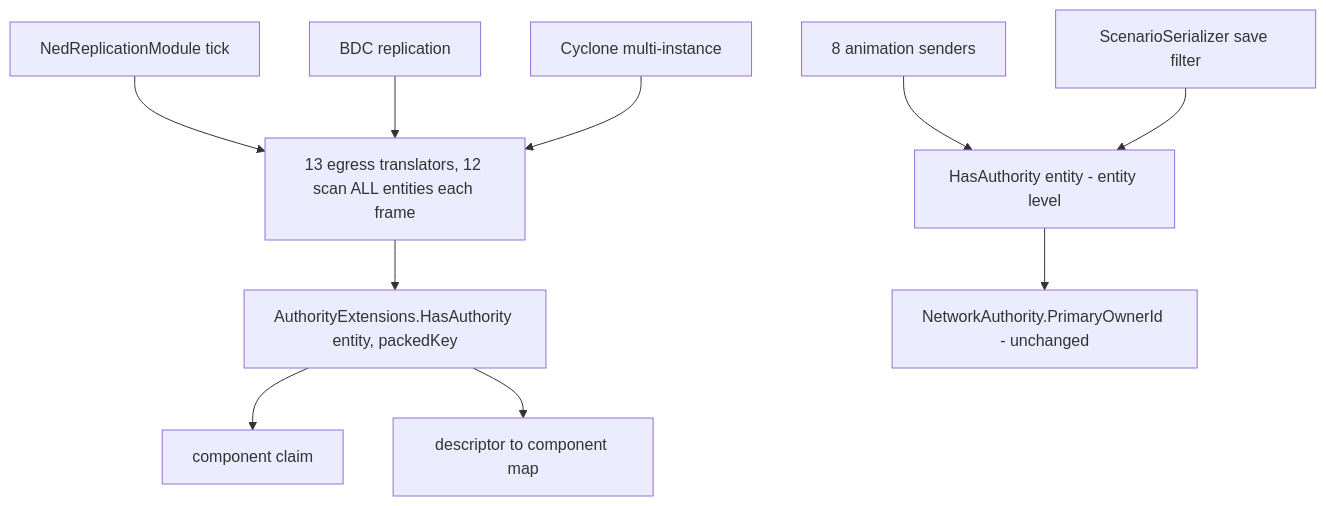
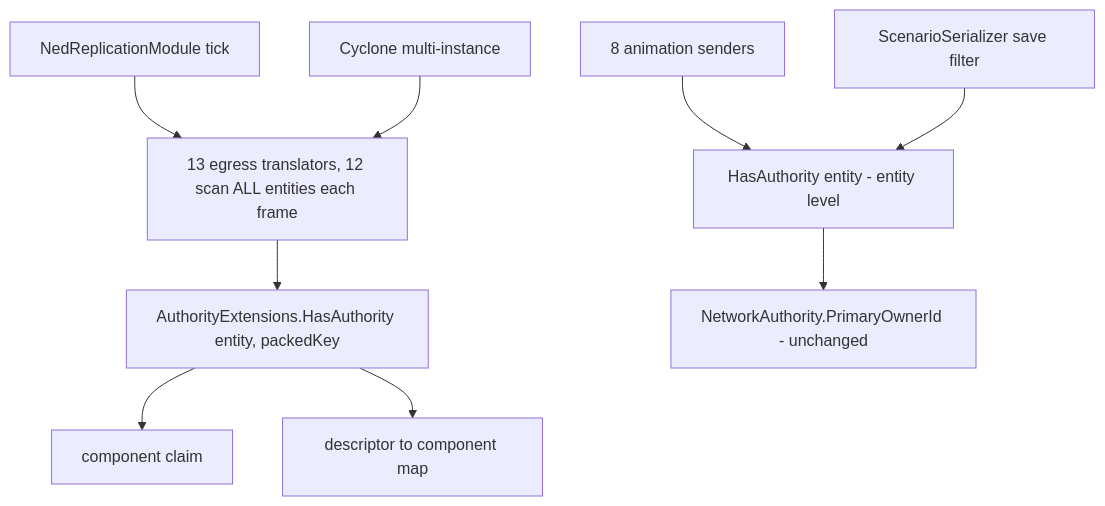
The third of 5 diagrams in docs/blueprints/Architect_Question_79_One_Ownership_Truth.md (pjanec/HROT), drawn with Mermaid before and after one commit. The commit also changed other lines of this file and 137 other files, not shown here.

````diff
--- a/docs/blueprints/Architect_Question_79_One_Ownership_Truth.md
+++ b/docs/blueprints/Architect_Question_79_One_Ownership_Truth.md
@@ -436,12 +438,11 @@
 ```mermaid
 graph TD
     NRM[NedReplicationModule tick] --> EG[13 egress translators, 12 scan ALL entities each frame]
-    BDC[BDC replication] --> EG
     CYC[Cyclone multi-instance] --> EG
     EG --> GATE[AuthorityExtensions.HasAuthority entity, packedKey]
     ANIM[8 animation senders] --> GATE0[HasAuthority entity - entity level]
     SAVE[ScenarioSerializer save filter] --> GATE0
     GATE --> MASK[component claim]
     GATE --> MAP[descriptor to component map]
     GATE0 --> PRIM[NetworkAuthority.PrimaryOwnerId - unchanged]
 ```
````
